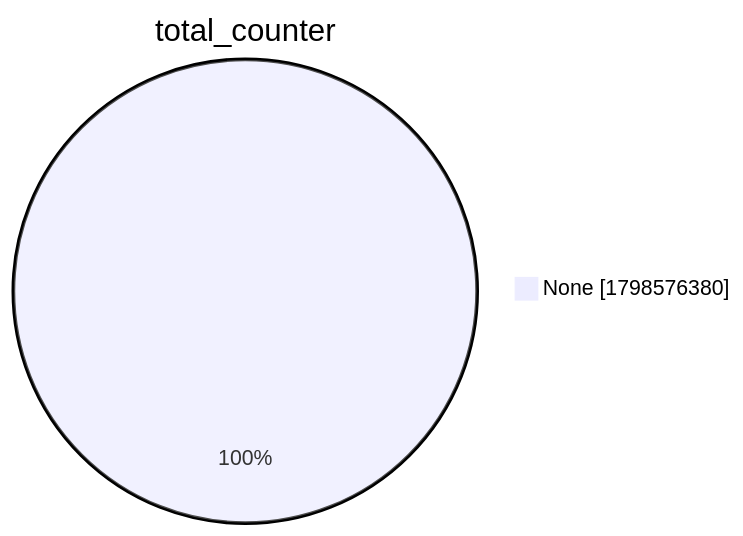
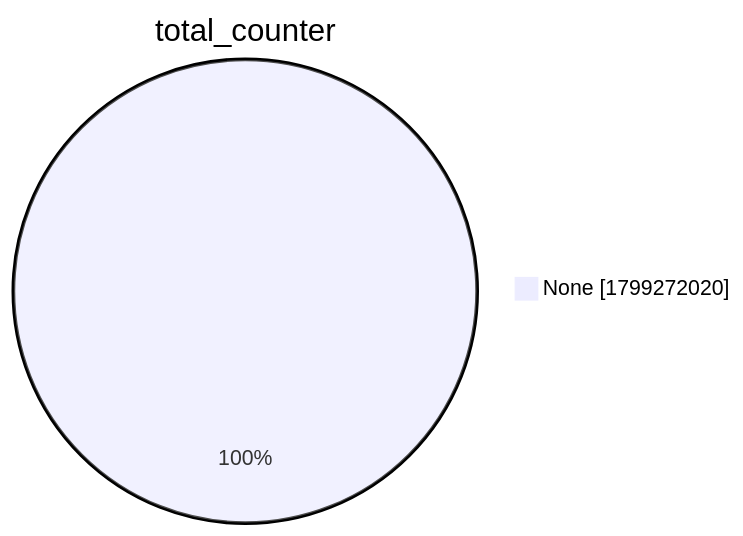
One commit to christiankrug/ctmonitor_visualization changed the second of 15 diagrams in xenon2022/README.md. Above: the diagram before and after it, drawn with Mermaid. The commit also changed other lines of this file, not shown here.

````diff
--- a/xenon2022/README.md
+++ b/xenon2022/README.md
@@ -9,5 +9,5 @@
 ```mermaid
 pie showData
 title total_counter
-"None" :1798576380
+"None" :1799272020
 ```
````
